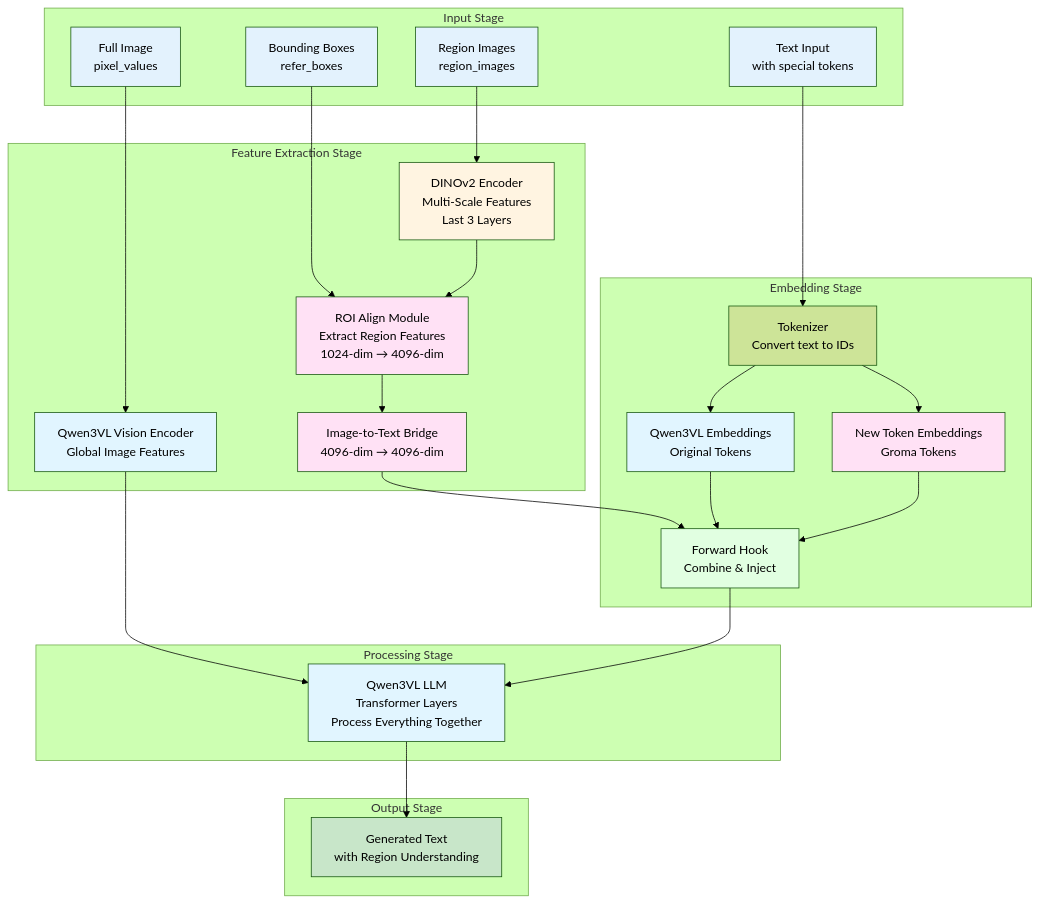
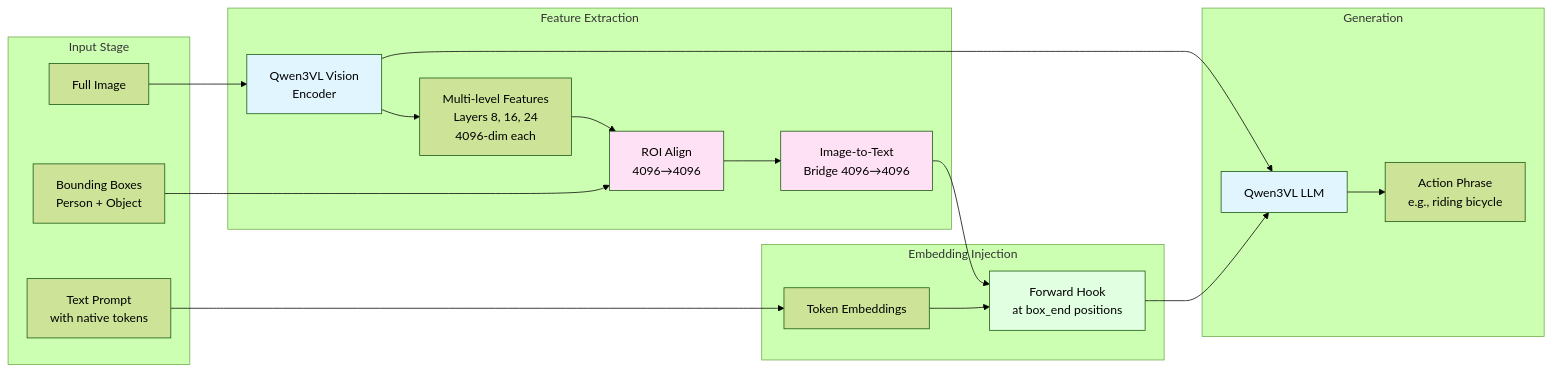
One commit to shaunliew-sit/Groma changed the fourth of 5 diagrams in docs/RETRAIN_PLAN_QWEN3VL.md. Above: the diagram before and after it, drawn with Mermaid (forest theme). The commit also changed other lines of this file and 15 other files, not shown here.

Commit message:
groma qwen v2 implementation and evaluation

````diff
--- a/docs/RETRAIN_PLAN_QWEN3VL.md
+++ b/docs/RETRAIN_PLAN_QWEN3VL.md
@@ -398,63 +185,45 @@
 ```mermaid
-flowchart TD
-    subgraph "Input Stage"
-        FullImg[Full Image<br/>pixel_values]
-        RegionImg[Region Images<br/>region_images]
-        BBoxes[Bounding Boxes<br/>refer_boxes]
-        Text[Text Input<br/>with special tokens]
+flowchart LR
+    subgraph Input["Input Stage"]
+        FullImg[Full Image]
+        BBoxes[Bounding Boxes<br/>Person + Object]
+        Text[Text Prompt<br/>with native tokens]
     end
     
-    subgraph "Feature Extraction Stage"
-        QwenVis[Qwen3VL Vision Encoder<br/>Global Image Features]
-        DINO[DINOv2 Encoder<br/>Multi-Scale Features<br/>Last 3 Layers]
-        ROIMod[ROI Align Module<br/>Extract Region Features<br/>1024-dim → 4096-dim]
-        BridgeMod[Image-to-Text Bridge<br/>4096-dim → 4096-dim]
+    subgraph FeatureExtraction["Feature Extraction"]
+        QwenVis[Qwen3VL Vision<br/>Encoder]
+        MLFeats[Multi-level Features<br/>Layers 8, 16, 24<br/>4096-dim each]
+        ROI[ROI Align<br/>4096→4096]
+        BridgeMod[Image-to-Text<br/>Bridge 4096→4096]
     end
     
-    subgraph "Embedding Stage"
-        Tokenizer[Tokenizer<br/>Convert text to IDs]
-        QwenEmb[Qwen3VL Embeddings<br/>Original Tokens]
-        NewEmb[New Token Embeddings<br/>Groma Tokens]
-        HookMech[Forward Hook<br/>Combine & Inject]
+    subgraph Injection["Embedding Injection"]
+        TokenEmb[Token Embeddings]
+        HookMech[Forward Hook<br/>at box_end positions]
     end
     
-    subgraph "Processing Stage"
-        QwenLLM[Qwen3VL LLM<br/>Transformer Layers<br/>Process Everything Together]
-    end
-    
-    subgraph "Output Stage"
-        Output[Generated Text<br/>with Region Understanding]
+    subgraph Generation["Generation"]
+        QwenLLM[Qwen3VL LLM]
+        Output[Action Phrase<br/>e.g., riding bicycle]
     end
     
     FullImg --> QwenVis
-    RegionImg --> DINO
-    BBoxes --> ROIMod
-    Text --> Tokenizer
+    QwenVis --> MLFeats
+    BBoxes --> ROI
+    MLFeats --> ROI
+    ROI --> BridgeMod
     
-    DINO --> ROIMod
-    ROIMod --> BridgeMod
-    
-    Tokenizer --> QwenEmb
-    Tokenizer --> NewEmb
+    Text --> TokenEmb
     BridgeMod --> HookMech
-    QwenEmb --> HookMech
-    NewEmb --> HookMech
+    TokenEmb --> HookMech
     QwenVis --> QwenLLM
     HookMech --> QwenLLM
     
     QwenLLM --> Output
     
-    style FullImg fill:#e3f2fd
-    style RegionImg fill:#e3f2fd
-    style BBoxes fill:#e3f2fd
-    style Text fill:#e3f2fd
     style QwenVis fill:#e1f5ff
-    style DINO fill:#fff4e1
-    style ROIMod fill:#ffe1f5
+    style QwenLLM fill:#e1f5ff
+    style ROI fill:#ffe1f5
     style BridgeMod fill:#ffe1f5
-    style QwenEmb fill:#e1f5ff
-    style NewEmb fill:#ffe1f5
     style HookMech fill:#e1ffe1
-    style QwenLLM fill:#e1f5ff
-    style Output fill:#c8e6c9
 ```
````
